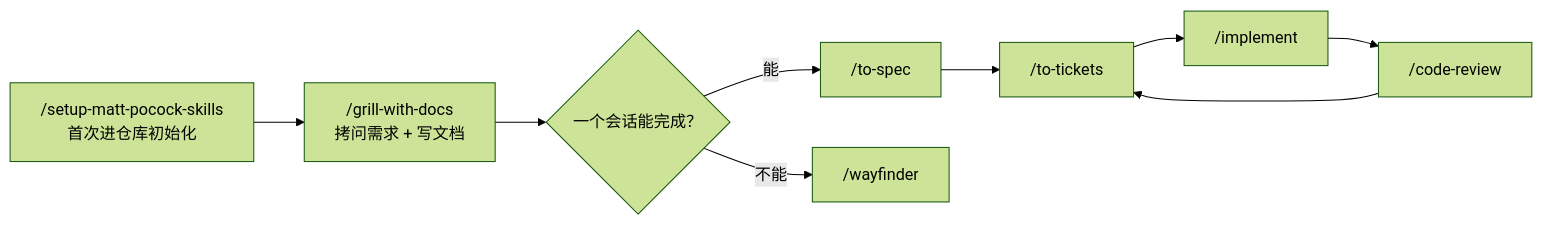
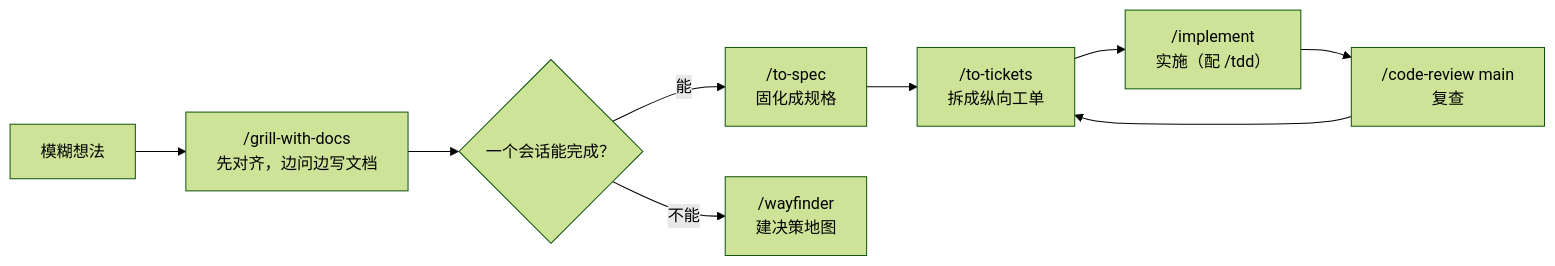
The diagram in 20-主题/Agentic CLI/技能库使用手册.md (TTW-F/Obsidian), drawn with Mermaid (forest theme) before and after one commit. The commit also changed other lines of this file, not shown here.

````diff
--- a/20-主题/Agentic CLI/技能库使用手册.md
+++ b/20-主题/Agentic CLI/技能库使用手册.md
@@ -60,11 +19,11 @@
 ```mermaid
 flowchart LR
-  A["/setup-matt-pocock-skills<br/>首次进仓库初始化"] --> B["/grill-with-docs<br/>拷问需求 + 写文档"]
+  A["模糊想法"] --> B["/grill-with-docs<br/>先对齐，边问边写文档"]
   B --> C{"一个会话能完成？"}
-  C -->|"能"| D["/to-spec"]
-  C -->|"不能"| E["/wayfinder"]
-  D --> F["/to-tickets"]
-  F --> G["/implement"]
-  G --> H["/code-review"]
+  C -->|"能"| D["/to-spec<br/>固化成规格"]
+  C -->|"不能"| E["/wayfinder<br/>建决策地图"]
+  D --> F["/to-tickets<br/>拆成纵向工单"]
+  F --> G["/implement<br/>实施（配 /tdd）"]
+  G --> H["/code-review main<br/>复查"]
   H --> F
 ```
````
